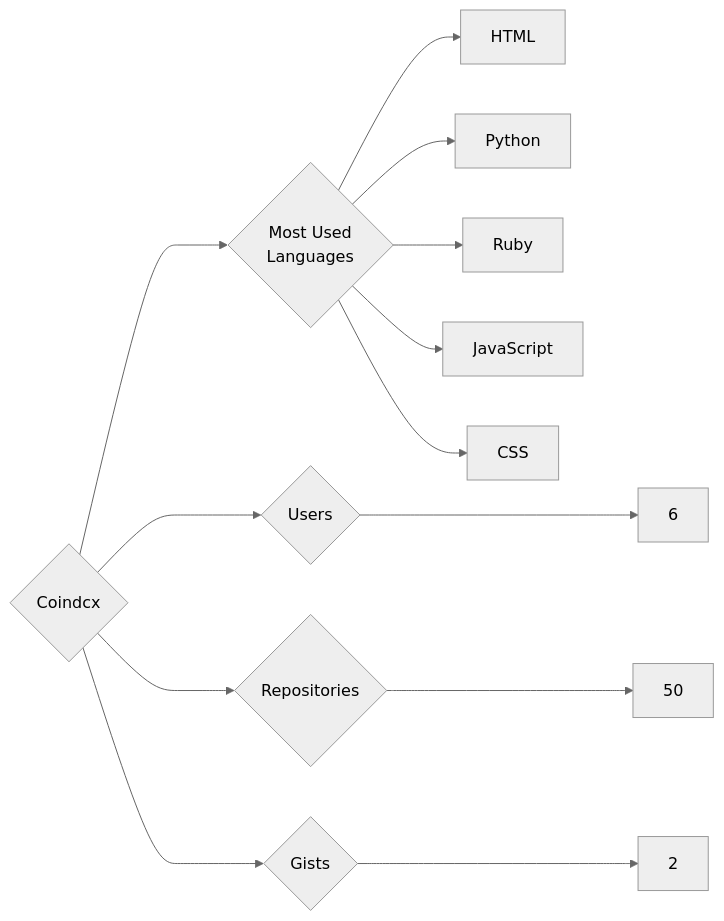
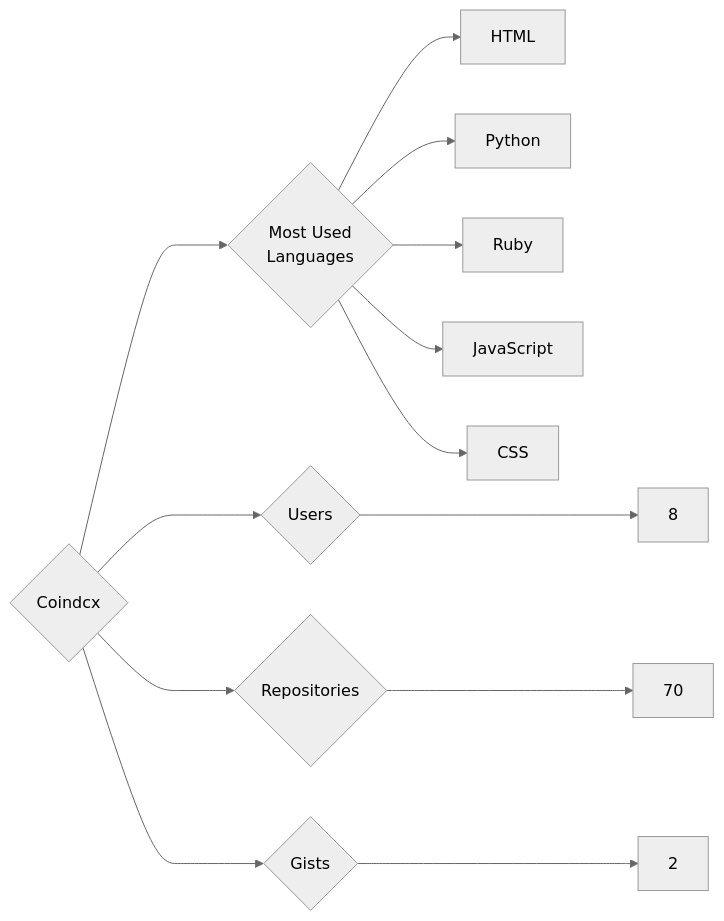
The diagram in targets/Coindcx/README.md (trickest/insiders), drawn with Mermaid (neutral theme) before and after one commit. The commit also changed 1092 other files, not shown here.

````diff
--- a/targets/Coindcx/README.md
+++ b/targets/Coindcx/README.md
@@ -3,13 +3,13 @@
 ```mermaid
 graph LR
 COMPANY_NAME{Coindcx}
-COMPANY_NAME ---> U{Users} ---> UN[6]
-COMPANY_NAME ---> R{Repositories} ---> RN[50]
+COMPANY_NAME ---> U{Users} ---> UN[8]
+COMPANY_NAME ---> R{Repositories} ---> RN[70]
 COMPANY_NAME ---> G{Gists} ---> GN[2]
 COMPANY_NAME ---> ML{Most Used<br>Languages}
 ML --> HTML[HTML]
 ML --> Python[Python]
 ML --> Ruby[Ruby]
 ML --> JavaScript[JavaScript]
 ML --> CSS[CSS]
 ```
````
